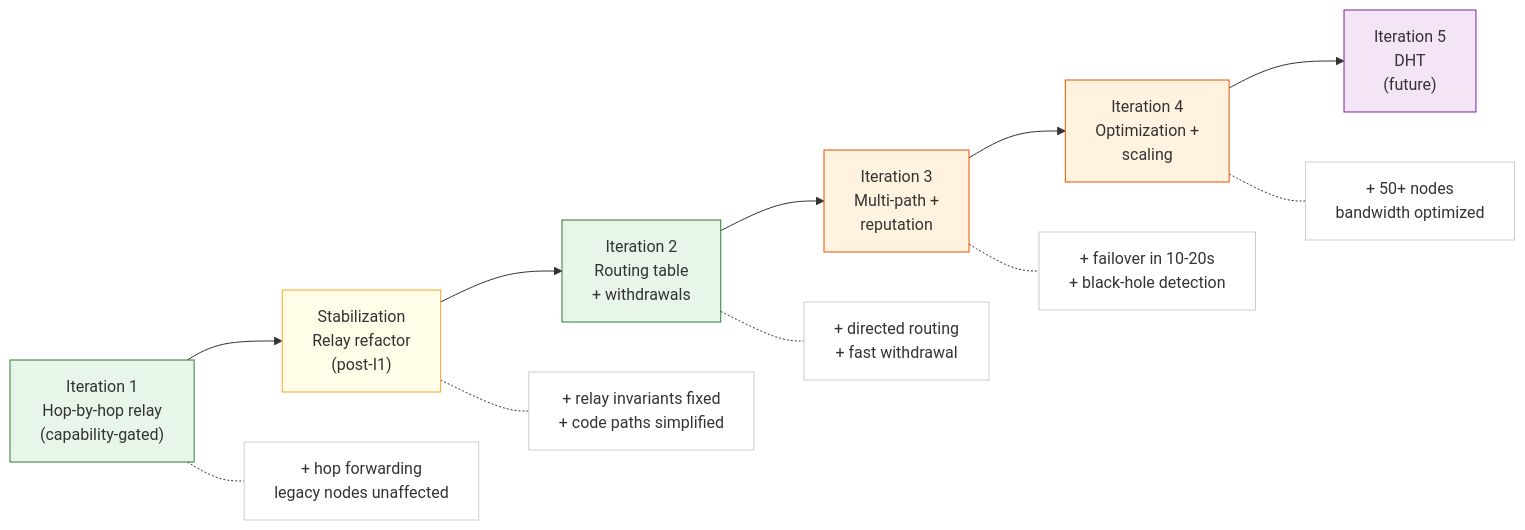
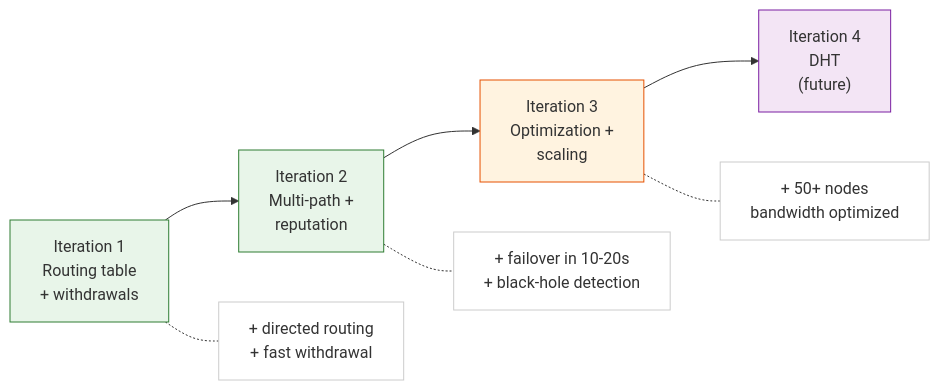
The sixth of 15 diagrams in docs/roadmap.md (piratecash/corsa), drawn with Mermaid before and after one commit. The commit also changed other lines of this file and 18 other files, not shown here.

````diff
--- a/docs/roadmap.md
+++ b/docs/roadmap.md
@@ -1106,29 +802,21 @@
 ```mermaid
 graph LR
-    I1["Iteration 1<br/>Hop-by-hop relay<br/>(capability-gated)"]
-    R1["Stabilization<br/>Relay refactor<br/>(post-I1)"]
-    I2["Iteration 2<br/>Routing table<br/>+ withdrawals"]
-    I3["Iteration 3<br/>Multi-path +<br/>reputation"]
-    I4["Iteration 4<br/>Optimization +<br/>scaling"]
-    I5["Iteration 5<br/>DHT<br/>(future)"]
+    I1["Iteration 1<br/>Routing table<br/>+ withdrawals"]
+    I2["Iteration 2<br/>Multi-path +<br/>reputation"]
+    I3["Iteration 3<br/>Optimization +<br/>scaling"]
+    I4["Iteration 4<br/>DHT<br/>(future)"]
 
-    I1 --> R1 --> I2 --> I3 --> I4 --> I5
+    I1 --> I2 --> I3 --> I4
 
-    I1 -.- W1["+ hop forwarding<br/>legacy nodes unaffected"]
-    R1 -.- W1R["+ relay invariants fixed<br/>+ code paths simplified"]
-    I2 -.- W2["+ directed routing<br/>+ fast withdrawal"]
-    I3 -.- W3["+ failover in 10-20s<br/>+ black-hole detection"]
-    I4 -.- W4["+ 50+ nodes<br/>bandwidth optimized"]
+    I1 -.- W1["+ directed routing<br/>+ fast withdrawal"]
+    I2 -.- W2["+ failover in 10-20s<br/>+ black-hole detection"]
+    I3 -.- W3["+ 50+ nodes<br/>bandwidth optimized"]
 
     style I1 fill:#e8f5e9,stroke:#2e7d32
-    style R1 fill:#fffde7,stroke:#f9a825
     style I2 fill:#e8f5e9,stroke:#2e7d32
     style I3 fill:#fff3e0,stroke:#e65100
-    style I4 fill:#fff3e0,stroke:#e65100
-    style I5 fill:#f3e5f5,stroke:#7b1fa2
+    style I4 fill:#f3e5f5,stroke:#7b1fa2
     style W1 fill:#ffffff,stroke:#ccc
-    style W1R fill:#ffffff,stroke:#ccc
     style W2 fill:#ffffff,stroke:#ccc
     style W3 fill:#ffffff,stroke:#ccc
-    style W4 fill:#ffffff,stroke:#ccc
 ```
````
